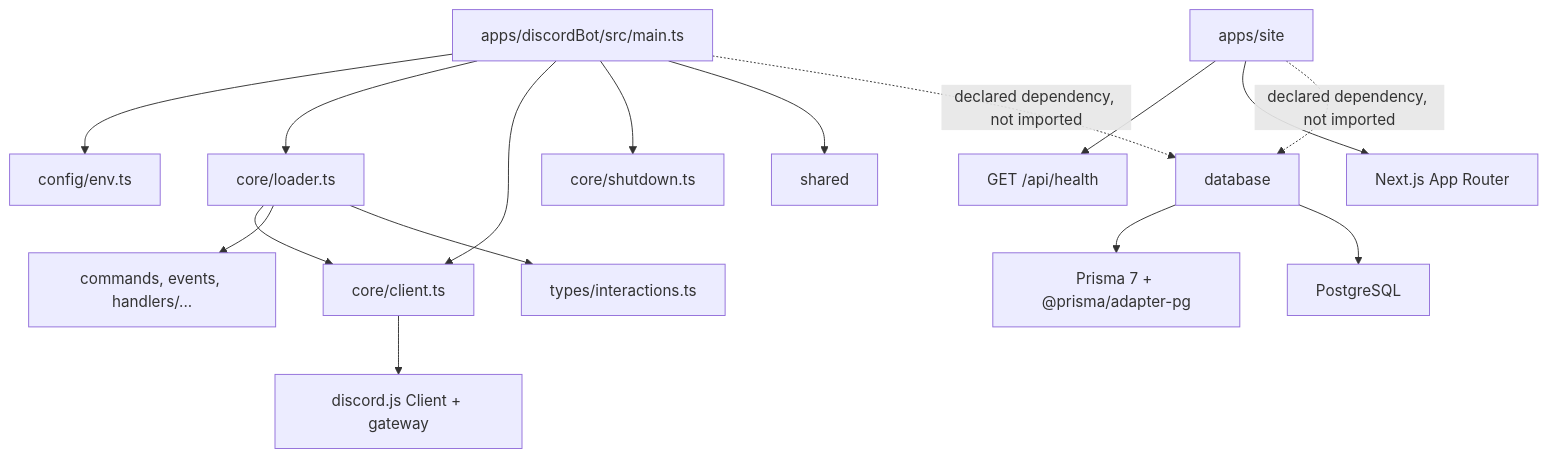
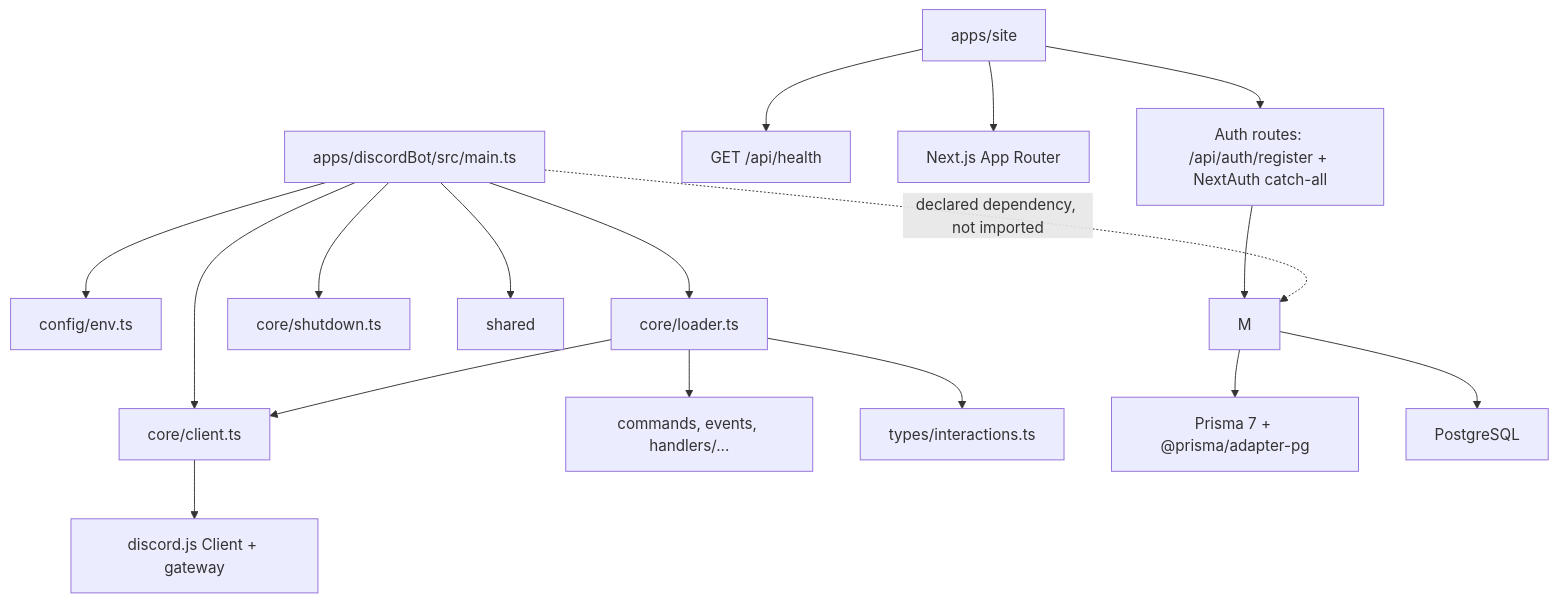
One commit to P4ciuf/veyra changed the diagram in docs/architecture.md. Above: the diagram before and after it, drawn with Mermaid. The commit also changed other lines of this file and 23 other files, not shown here.

````diff
--- a/docs/architecture.md
+++ b/docs/architecture.md
@@ -43,18 +44,19 @@
 ```mermaid
 graph TD
     A[apps/discordBot/src/main.ts] --> B[config/env.ts]
     A --> C[core/loader.ts]
     A --> D[core/client.ts]
     A --> E[core/shutdown.ts]
     C --> D
     C --> F[commands, events, handlers/...]
     C --> G[types/interactions.ts]
     A --> H[shared]
     D --> I[discord.js Client + gateway]
     J[apps/site] --> K[GET /api/health]
     J --> L[Next.js App Router]
-    M[database] --> N[Prisma 7 + @prisma/adapter-pg]
+    J --> P[Auth routes: /api/auth/register + NextAuth catch-all]
+    P --> M
+    M --> N[Prisma 7 + @prisma/adapter-pg]
     M --> O[PostgreSQL]
-    J -. declared dependency, not imported .-> M
     A -. declared dependency, not imported .-> M
 ```
````
